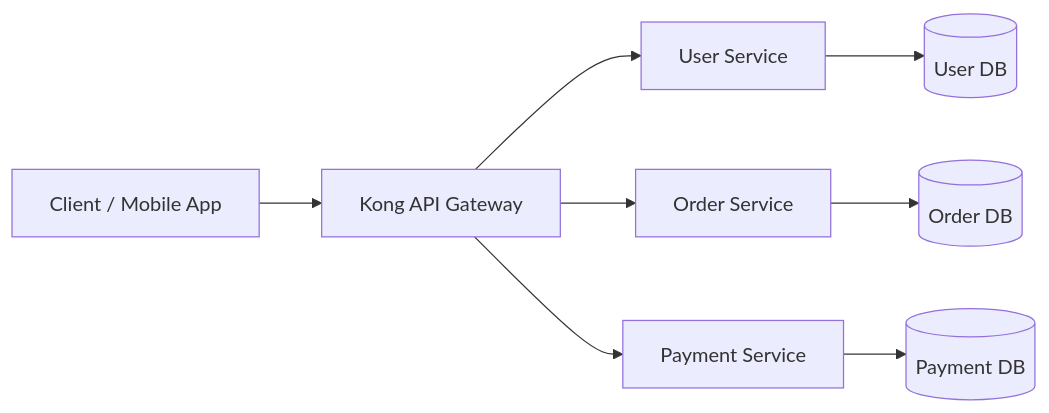
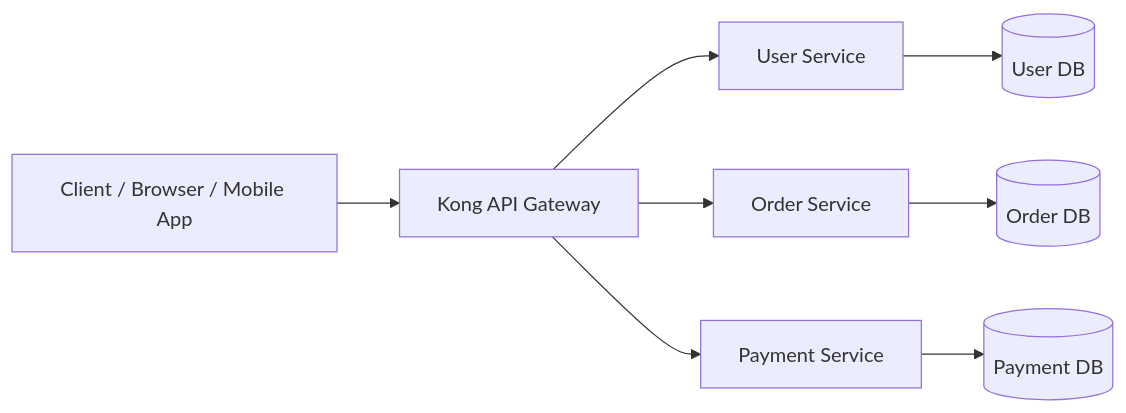
The first of 2 diagrams in KONG-Poc-ReadME.md (SyedRehan-cloud/COE-Tasks), drawn with Mermaid before and after one commit. The commit also changed other lines of this file, not shown here.

`````diff
--- a/KONG-Poc-ReadME.md
+++ b/KONG-Poc-ReadME.md
@@ -436,12 +28,15 @@
 ```mermaid
 flowchart LR
-    Client["Client / Mobile App"] --> Kong["Kong API Gateway"]
 
-    Kong --> User["User Service"]
-    Kong --> Order["Order Service"]
-    Kong --> Payment["Payment Service"]
+Client["Client / Browser / Mobile App"]
 
-    Order --> DB1[(Order DB)]
-    User --> DB2[(User DB)]
-    Payment --> DB3[(Payment DB)]
-```
+Client --> Kong["Kong API Gateway"]
+
+Kong --> User["User Service"]
+Kong --> Order["Order Service"]
+Kong --> Payment["Payment Service"]
+
+Order --> DB1[(Order DB)]
+User --> DB2[(User DB)]
+Payment --> DB3[(Payment DB)]
+````
`````
